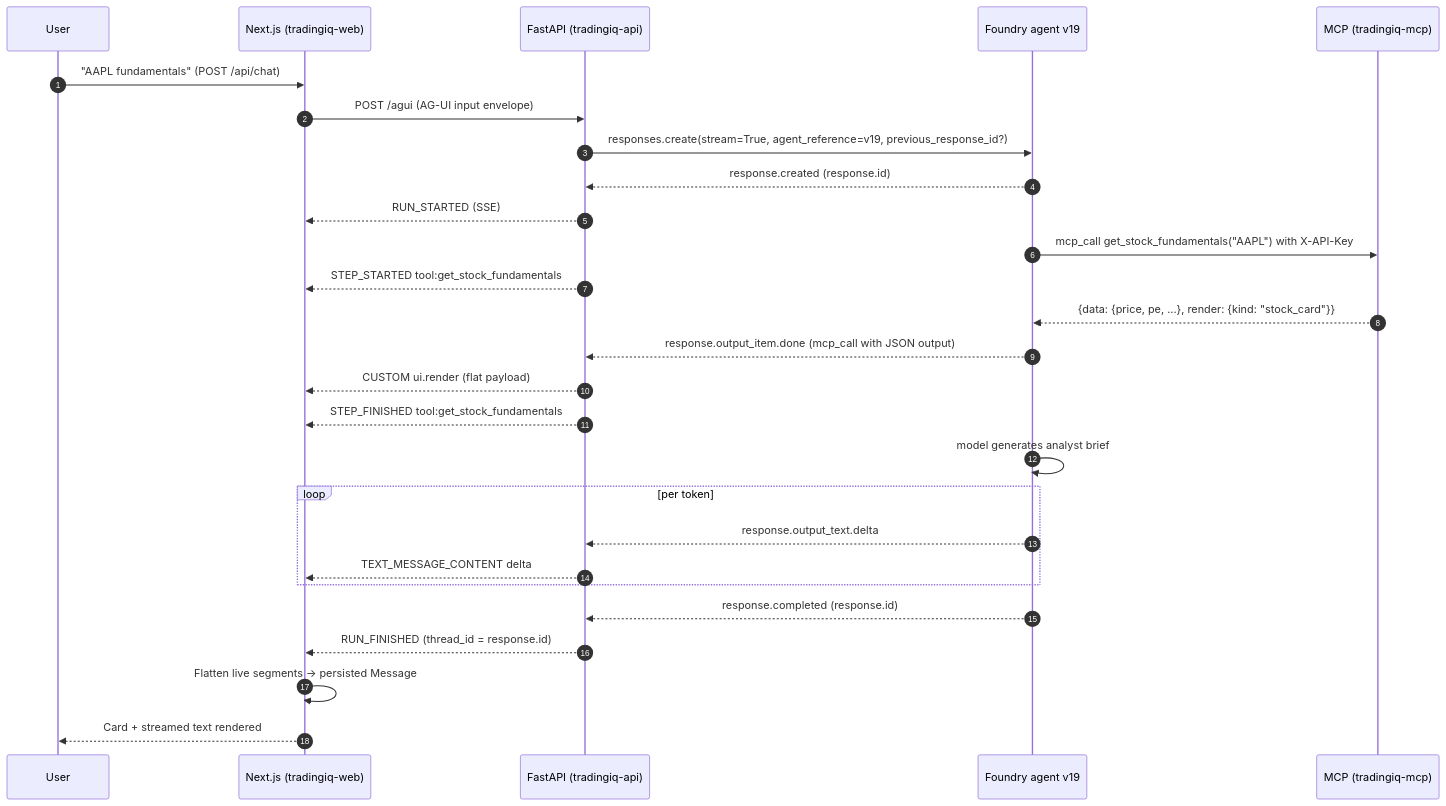
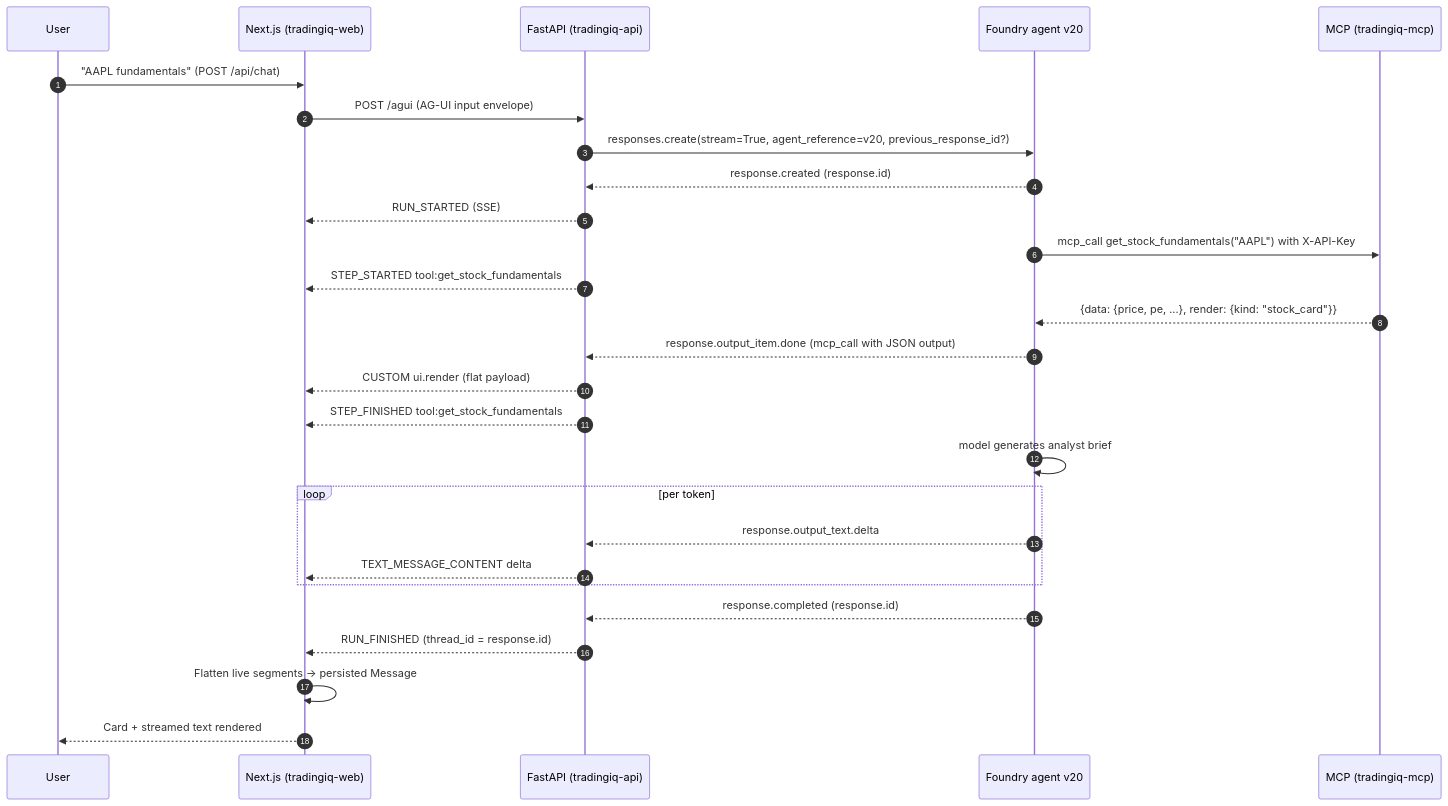
The second of 2 diagrams in README.md (mohankl/TraderIQ-Multi-Agent_Foundry), drawn with Mermaid before and after one commit. The commit also changed other lines of this file, not shown here.

First line of the commit message:
docs: fix README Mermaid parse error and sync v12.0 facts

````diff
--- a/README.md
+++ b/README.md
@@ -117,30 +117,30 @@
 ```mermaid
 sequenceDiagram
     autonumber
     participant U as User
     participant W as Next.js (tradingiq-web)
     participant A as FastAPI (tradingiq-api)
-    participant F as Foundry agent v19
+    participant F as Foundry agent v20
     participant M as MCP (tradingiq-mcp)
 
     U->>W: "AAPL fundamentals" (POST /api/chat)
     W->>A: POST /agui (AG-UI input envelope)
-    A->>F: responses.create(stream=True, agent_reference=v19, previous_response_id?)
+    A->>F: responses.create(stream=True, agent_reference=v20, previous_response_id?)
     F-->>A: response.created (response.id)
     A-->>W: RUN_STARTED (SSE)
     F->>M: mcp_call get_stock_fundamentals("AAPL") with X-API-Key
     A-->>W: STEP_STARTED tool:get_stock_fundamentals
     M-->>F: {data: {price, pe, ...}, render: {kind: "stock_card"}}
     F-->>A: response.output_item.done (mcp_call with JSON output)
     A-->>W: CUSTOM ui.render (flat payload)
     A-->>W: STEP_FINISHED tool:get_stock_fundamentals
     F->>F: model generates analyst brief
     loop per token
         F-->>A: response.output_text.delta
         A-->>W: TEXT_MESSAGE_CONTENT delta
     end
     F-->>A: response.completed (response.id)
     A-->>W: RUN_FINISHED (thread_id = response.id)
     W->>W: Flatten live segments → persisted Message
     W-->>U: Card + streamed text rendered
 ```
````
